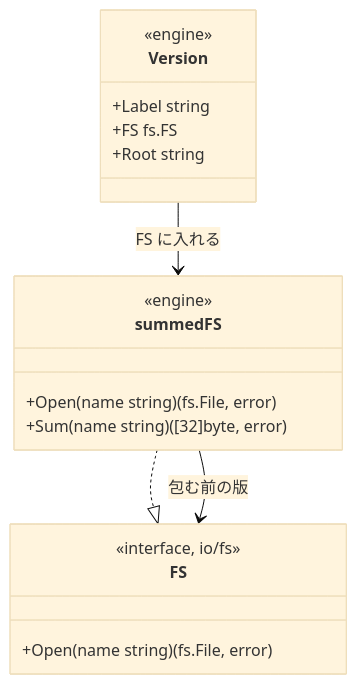
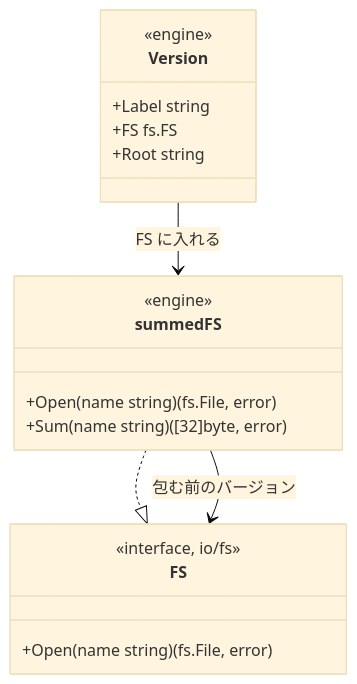
The first of 2 diagrams in docs/design/engine.ja.md (rerorets/hadome), drawn with Mermaid (base theme) before and after one commit. The commit also changed other lines of this file and 37 other files, not shown here.

````diff
--- a/docs/design/engine.ja.md
+++ b/docs/design/engine.ja.md
@@ -164,21 +164,21 @@
 ```mermaid
 classDiagram
   class FS {
     <<interface, io/fs>>
     +Open(name string) (fs.File, error)
   }
   class summedFS {
     <<engine>>
     +Open(name string) (fs.File, error)
     +Sum(name string) ([32]byte, error)
   }
   class Version {
     <<engine>>
     +Label string
     +FS fs.FS
     +Root string
   }
   summedFS ..|> FS
-  summedFS --> FS : 包む前の版
+  summedFS --> FS : 包む前のバージョン
   Version --> summedFS : FS に入れる
 ```
````
